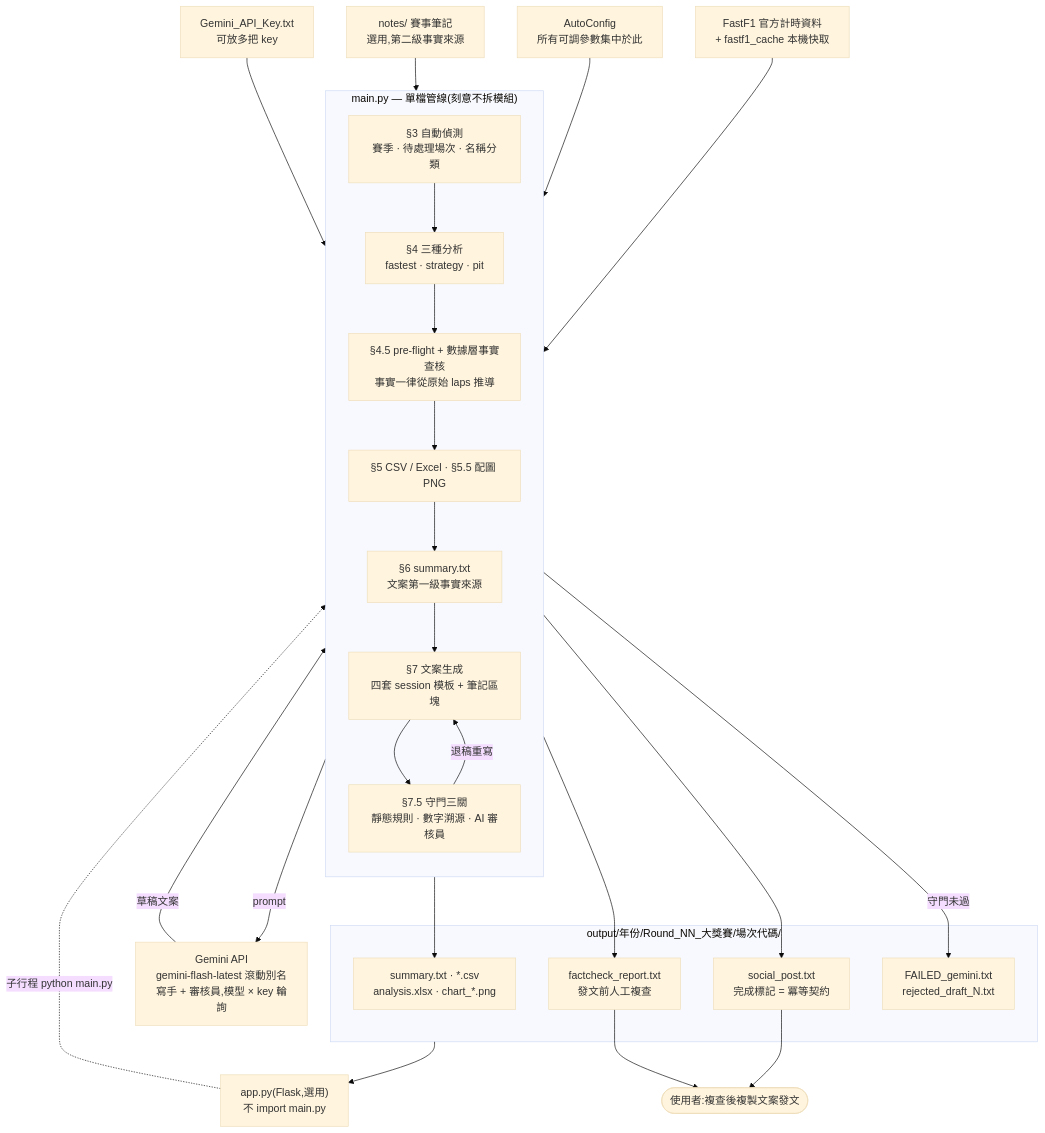
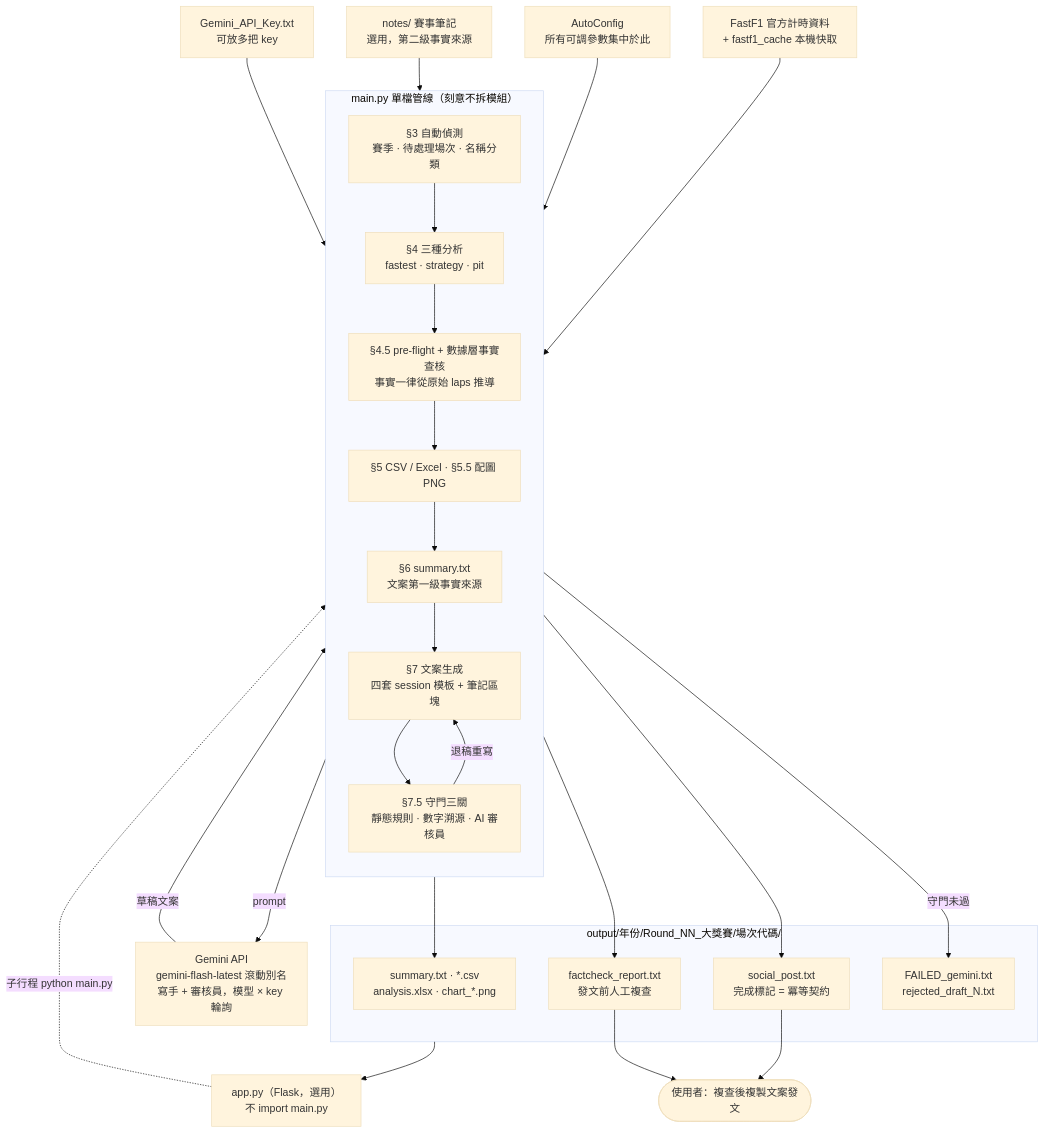
One commit to terencechou1022/F1_Race_Analysis changed the first of 2 diagrams in README.md. Above: the diagram before and after it, drawn with Mermaid (base theme). The commit also changed other lines of this file, not shown here.

````diff
--- a/README.md
+++ b/README.md
@@ -21,47 +29,47 @@
 ```mermaid
 flowchart TB
     F1["FastF1 官方計時資料<br/>+ fastf1_cache 本機快取"]
     CFG["AutoConfig<br/>所有可調參數集中於此"]
-    NOTE["notes/ 賽事筆記<br/>選用,第二級事實來源"]
+    NOTE["notes/ 賽事筆記<br/>選用，第二級事實來源"]
     KEY["Gemini_API_Key.txt<br/>可放多把 key"]
 
-    subgraph MAIN["main.py — 單檔管線(刻意不拆模組)"]
+    subgraph MAIN["main.py 單檔管線（刻意不拆模組）"]
         direction TB
         S3["§3 自動偵測<br/>賽季 · 待處理場次 · 名稱分類"]
         S4["§4 三種分析<br/>fastest · strategy · pit"]
         S45["§4.5 pre-flight + 數據層事實查核<br/>事實一律從原始 laps 推導"]
         S5["§5 CSV / Excel · §5.5 配圖 PNG"]
         S6["§6 summary.txt<br/>文案第一級事實來源"]
         S7["§7 文案生成<br/>四套 session 模板 + 筆記區塊"]
         S75["§7.5 守門三關<br/>靜態規則 · 數字溯源 · AI 審核員"]
         S3 --> S4 --> S45 --> S5 --> S6 --> S7 --> S75
     end
 
-    GEM["Gemini API<br/>gemini-flash-latest 滾動別名<br/>寫手 + 審核員,模型 × key 輪詢"]
+    GEM["Gemini API<br/>gemini-flash-latest 滾動別名<br/>寫手 + 審核員，模型 × key 輪詢"]
 
     subgraph OUT["output/年份/Round_NN_大獎賽/場次代碼/"]
         FILES["summary.txt · *.csv<br/>analysis.xlsx · chart_*.png"]
         REP["factcheck_report.txt<br/>發文前人工複查"]
         POST["social_post.txt<br/>完成標記 = 冪等契約"]
         BAD["FAILED_gemini.txt<br/>rejected_draft_N.txt"]
     end
 
-    WEB["app.py(Flask,選用)<br/>不 import main.py"]
-    USER(["使用者:複查後複製文案發文"])
+    WEB["app.py（Flask，選用）<br/>不 import main.py"]
+    USER(["使用者：複查後複製文案發文"])
 
     F1 --> S3
     CFG --> S3
     NOTE --> S7
     KEY --> S7
     S7 -->|"prompt"| GEM
     GEM -->|"草稿文案"| S75
     S75 -->|"退稿重寫"| S7
     S5 --> FILES
     S45 --> REP
     S75 --> POST
     S75 -->|"守門未過"| BAD
     WEB -.->|"子行程 python main.py"| S3
     OUT --> WEB
     POST --> USER
     REP --> USER
 ```
````
